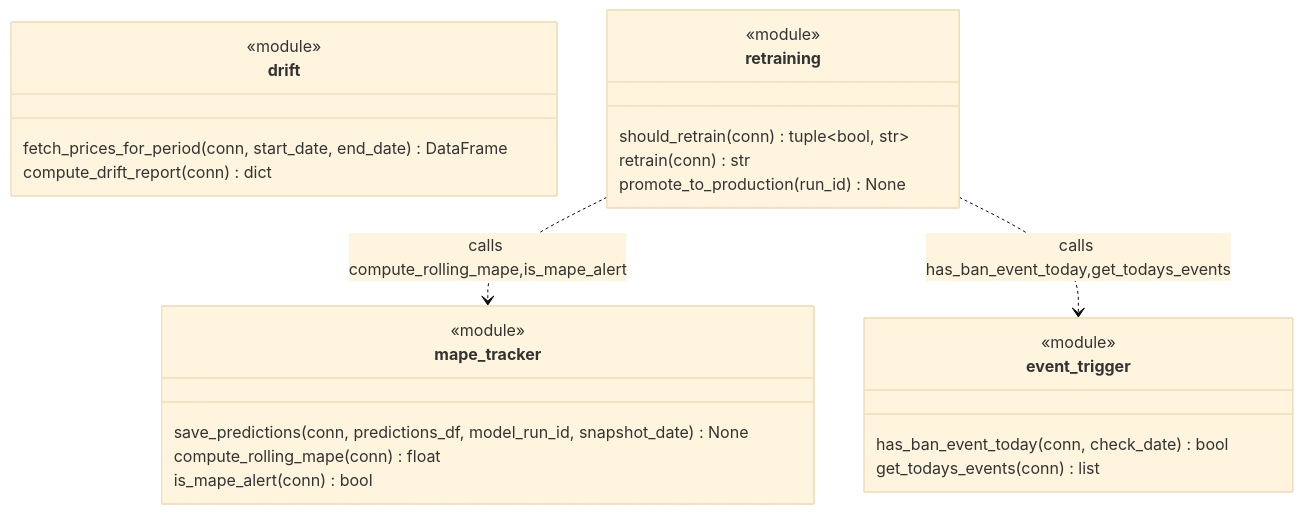
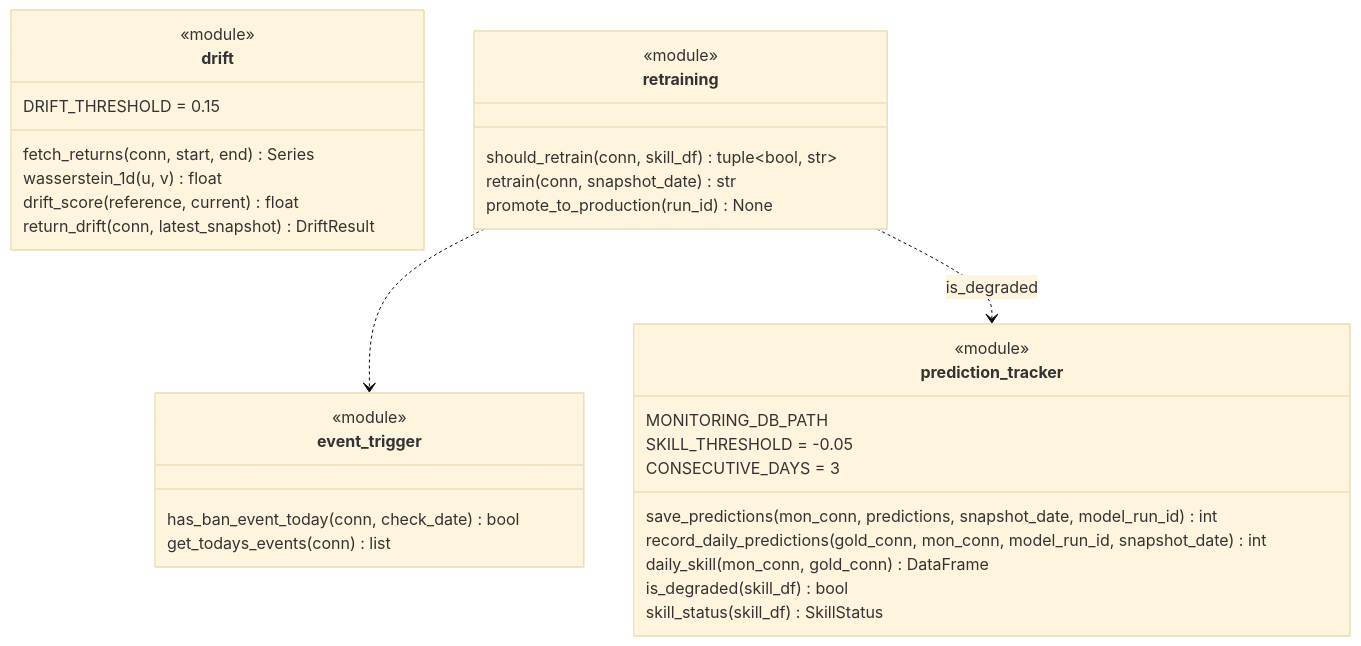
Before and after one commit to jedrzejpolaczek/aviarium.columbarius: the diagram in docs/architecture/c4/monitoring-modules.md, drawn with Mermaid (base theme). The commit also changed other lines of this file and 102 other files, not shown here.

````diff
--- a/docs/architecture/c4/monitoring-modules.md
+++ b/docs/architecture/c4/monitoring-modules.md
@@ -5,31 +5,39 @@
 ```mermaid
 classDiagram
-  class mape_tracker {
+  class prediction_tracker {
     <<module>>
-    save_predictions(conn, predictions_df, model_run_id, snapshot_date) None
-    compute_rolling_mape(conn) float
-    is_mape_alert(conn) bool
+    MONITORING_DB_PATH
+    SKILL_THRESHOLD = -0.05
+    CONSECUTIVE_DAYS = 3
+    save_predictions(mon_conn, predictions, snapshot_date, model_run_id) int
+    record_daily_predictions(gold_conn, mon_conn, model_run_id, snapshot_date) int
+    daily_skill(mon_conn, gold_conn) DataFrame
+    is_degraded(skill_df) bool
+    skill_status(skill_df) SkillStatus
+  }
+
+  class drift {
+    <<module>>
+    DRIFT_THRESHOLD = 0.15
+    fetch_returns(conn, start, end) Series
+    wasserstein_1d(u, v) float
+    drift_score(reference, current) float
+    return_drift(conn, latest_snapshot) DriftResult
   }
 
   class event_trigger {
     <<module>>
     has_ban_event_today(conn, check_date) bool
     get_todays_events(conn) list
   }
 
-  class drift {
-    <<module>>
-    fetch_prices_for_period(conn, start_date, end_date) DataFrame
-    compute_drift_report(conn) dict
-  }
-
   class retraining {
     <<module>>
-    should_retrain(conn) tuple~bool, str~
-    retrain(conn) str
+    should_retrain(conn, skill_df) tuple~bool, str~
+    retrain(conn, snapshot_date) str
     promote_to_production(run_id) None
   }
 
-  retraining ..> mape_tracker : calls compute_rolling_mape,is_mape_alert
-  retraining ..> event_trigger : calls has_ban_event_today,get_todays_events
+  retraining ..> event_trigger
+  retraining ..> prediction_tracker : is_degraded
 ```
````
